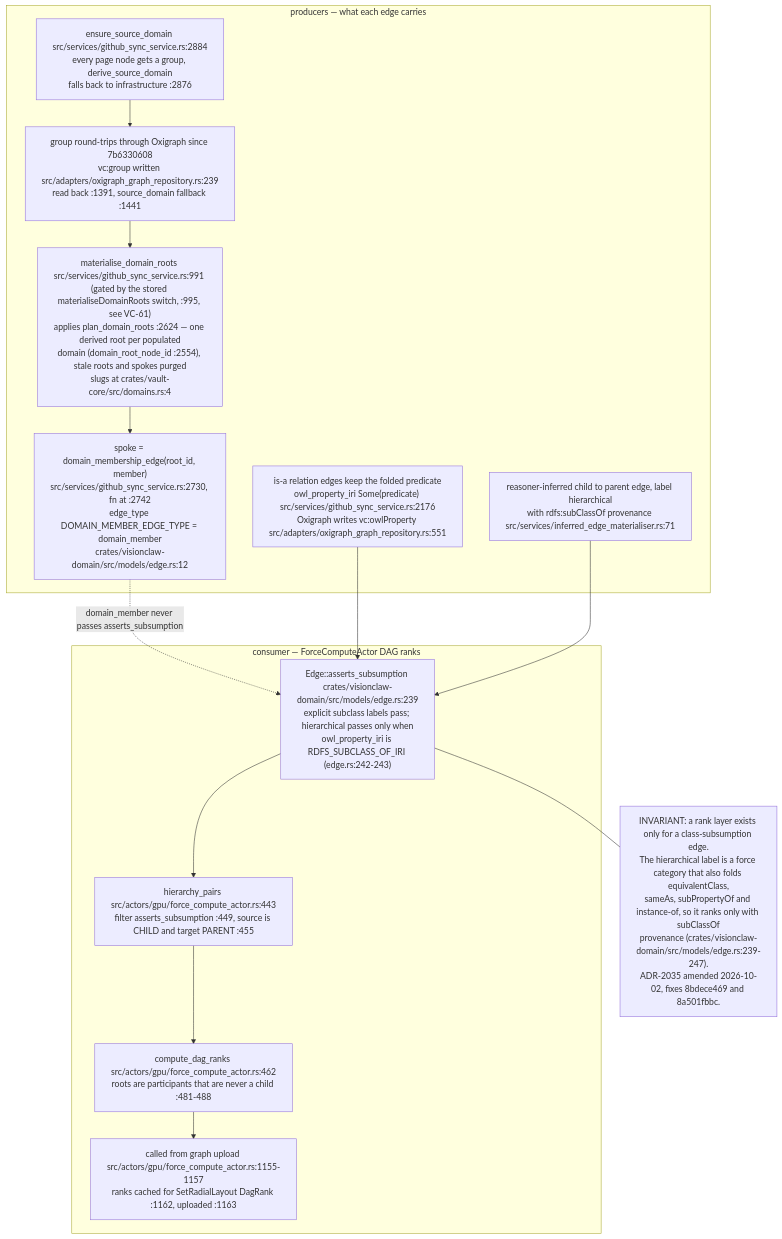
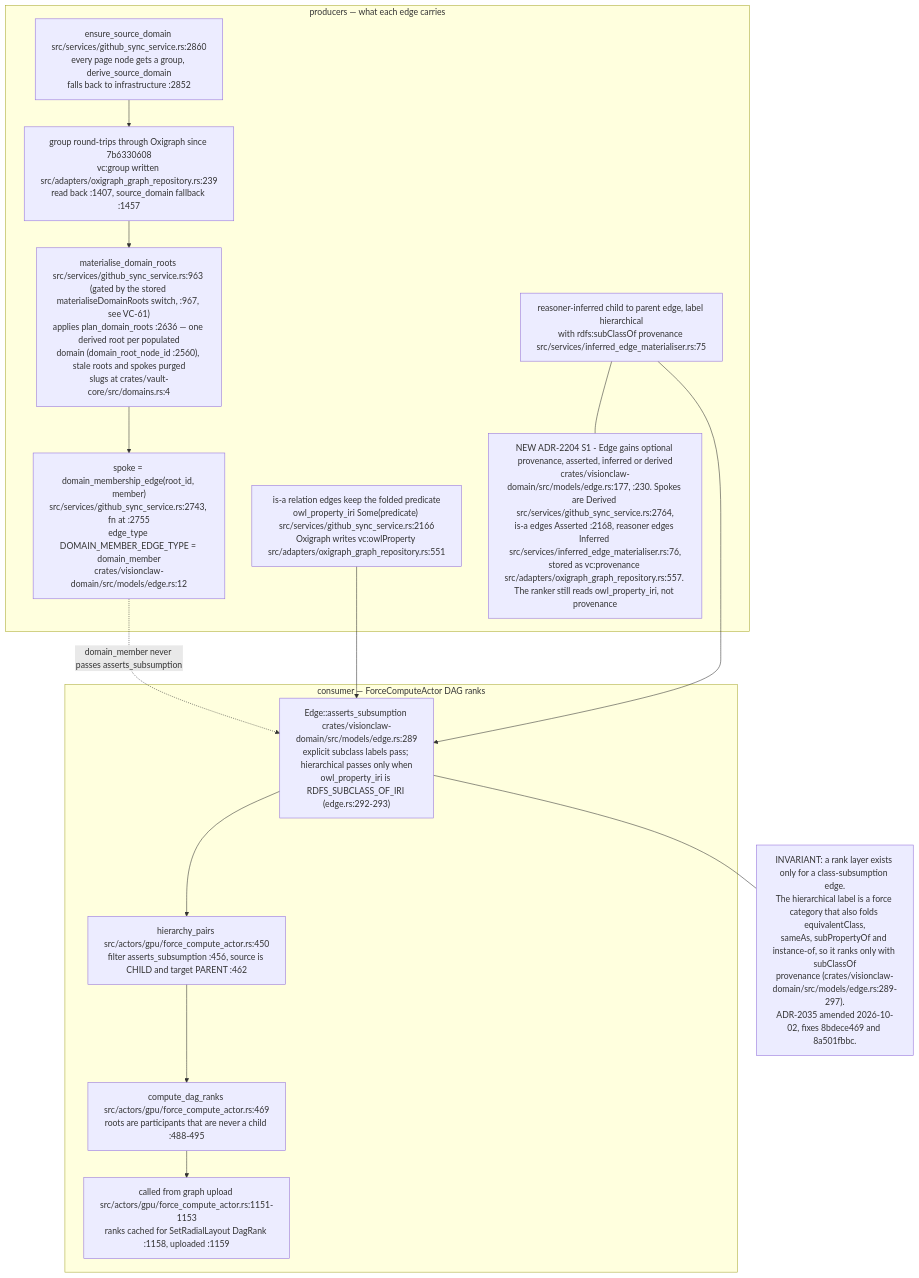
One commit to DreamLab-AI/VisionFlow changed the eighth of 8 diagrams in docs/diagrams/visionclaw/16-interaction-drag-pin-layout.md. Above: the diagram before and after it, drawn with Mermaid. The commit also changed other lines of this file and 7 other files, not shown here.

First line of the commit message:
diagrams(visionclaw): re-verify VC-09..VC-16 at visionclaw 4900ec60

````diff
--- a/docs/diagrams/visionclaw/16-interaction-drag-pin-layout.md
+++ b/docs/diagrams/visionclaw/16-interaction-drag-pin-layout.md
@@ -311,24 +311,26 @@
 ```mermaid
 flowchart TB
     subgraph PROD["producers — what each edge carries"]
-        P1["ensure_source_domain src/services/github_sync_service.rs:2884<br/>every page node gets a group, derive_source_domain<br/>falls back to infrastructure :2876"]
-        P2["group round-trips through Oxigraph since 7b6330608<br/>vc:group written src/adapters/oxigraph_graph_repository.rs:239<br/>read back :1391, source_domain fallback :1441"]
-        P3["materialise_domain_roots src/services/github_sync_service.rs:991 (gated by the stored materialiseDomainRoots switch, :995, see VC-61)<br/>applies plan_domain_roots :2624 — one derived root per populated<br/>domain (domain_root_node_id :2554), stale roots and spokes purged<br/>slugs at crates/vault-core/src/domains.rs:4"]
-        P4["spoke = domain_membership_edge(root_id, member)<br/>src/services/github_sync_service.rs:2730, fn at :2742<br/>edge_type DOMAIN_MEMBER_EDGE_TYPE = domain_member<br/>crates/visionclaw-domain/src/models/edge.rs:12"]
-        P5["is-a relation edges keep the folded predicate<br/>owl_property_iri Some(predicate) src/services/github_sync_service.rs:2176<br/>Oxigraph writes vc:owlProperty src/adapters/oxigraph_graph_repository.rs:551"]
-        P6["reasoner-inferred child to parent edge, label hierarchical<br/>with rdfs:subClassOf provenance src/services/inferred_edge_materialiser.rs:71"]
+        P1["ensure_source_domain src/services/github_sync_service.rs:2860<br/>every page node gets a group, derive_source_domain<br/>falls back to infrastructure :2852"]
+        P2["group round-trips through Oxigraph since 7b6330608<br/>vc:group written src/adapters/oxigraph_graph_repository.rs:239<br/>read back :1407, source_domain fallback :1457"]
+        P3["materialise_domain_roots src/services/github_sync_service.rs:963 (gated by the stored materialiseDomainRoots switch, :967, see VC-61)<br/>applies plan_domain_roots :2636 — one derived root per populated<br/>domain (domain_root_node_id :2560), stale roots and spokes purged<br/>slugs at crates/vault-core/src/domains.rs:4"]
+        P4["spoke = domain_membership_edge(root_id, member)<br/>src/services/github_sync_service.rs:2743, fn at :2755<br/>edge_type DOMAIN_MEMBER_EDGE_TYPE = domain_member<br/>crates/visionclaw-domain/src/models/edge.rs:12"]
+        P5["is-a relation edges keep the folded predicate<br/>owl_property_iri Some(predicate) src/services/github_sync_service.rs:2166<br/>Oxigraph writes vc:owlProperty src/adapters/oxigraph_graph_repository.rs:551"]
+        P6["reasoner-inferred child to parent edge, label hierarchical<br/>with rdfs:subClassOf provenance src/services/inferred_edge_materialiser.rs:75"]
+        P7["NEW ADR-2204 S1 - Edge gains optional provenance, asserted, inferred or derived<br/>crates/visionclaw-domain/src/models/edge.rs:177, :230. Spokes are Derived src/services/github_sync_service.rs:2764,<br/>is-a edges Asserted :2168, reasoner edges Inferred src/services/inferred_edge_materialiser.rs:76,<br/>stored as vc:provenance src/adapters/oxigraph_graph_repository.rs:557. The ranker still reads owl_property_iri, not provenance"]
         P1 --> P2 --> P3 --> P4
+        P6 --- P7
     end
     subgraph RANK["consumer — ForceComputeActor DAG ranks"]
-        R1["Edge::asserts_subsumption crates/visionclaw-domain/src/models/edge.rs:239<br/>explicit subclass labels pass; hierarchical passes only when<br/>owl_property_iri is RDFS_SUBCLASS_OF_IRI (edge.rs:242-243)"]
-        R2["hierarchy_pairs src/actors/gpu/force_compute_actor.rs:443<br/>filter asserts_subsumption :449, source is CHILD and target PARENT :455"]
-        R3["compute_dag_ranks src/actors/gpu/force_compute_actor.rs:462<br/>roots are participants that are never a child :481-488"]
-        R4["called from graph upload src/actors/gpu/force_compute_actor.rs:1155-1157<br/>ranks cached for SetRadialLayout DagRank :1162, uploaded :1163"]
+        R1["Edge::asserts_subsumption crates/visionclaw-domain/src/models/edge.rs:289<br/>explicit subclass labels pass; hierarchical passes only when<br/>owl_property_iri is RDFS_SUBCLASS_OF_IRI (edge.rs:292-293)"]
+        R2["hierarchy_pairs src/actors/gpu/force_compute_actor.rs:450<br/>filter asserts_subsumption :456, source is CHILD and target PARENT :462"]
+        R3["compute_dag_ranks src/actors/gpu/force_compute_actor.rs:469<br/>roots are participants that are never a child :488-495"]
+        R4["called from graph upload src/actors/gpu/force_compute_actor.rs:1151-1153<br/>ranks cached for SetRadialLayout DagRank :1158, uploaded :1159"]
         R1 --> R2 --> R3 --> R4
     end
     P4 -. "domain_member never passes asserts_subsumption" .-> R1
     P5 --> R1
     P6 --> R1
-    I["INVARIANT: a rank layer exists only for a class-subsumption edge.<br/>The hierarchical label is a force category that also folds equivalentClass,<br/>sameAs, subPropertyOf and instance-of, so it ranks only with subClassOf<br/>provenance (crates/visionclaw-domain/src/models/edge.rs:239-247).<br/>ADR-2035 amended 2026-10-02, fixes 8bdece469 and 8a501fbbc."]
+    I["INVARIANT: a rank layer exists only for a class-subsumption edge.<br/>The hierarchical label is a force category that also folds equivalentClass,<br/>sameAs, subPropertyOf and instance-of, so it ranks only with subClassOf<br/>provenance (crates/visionclaw-domain/src/models/edge.rs:289-297).<br/>ADR-2035 amended 2026-10-02, fixes 8bdece469 and 8a501fbbc."]
     R1 --- I
 ```
````
